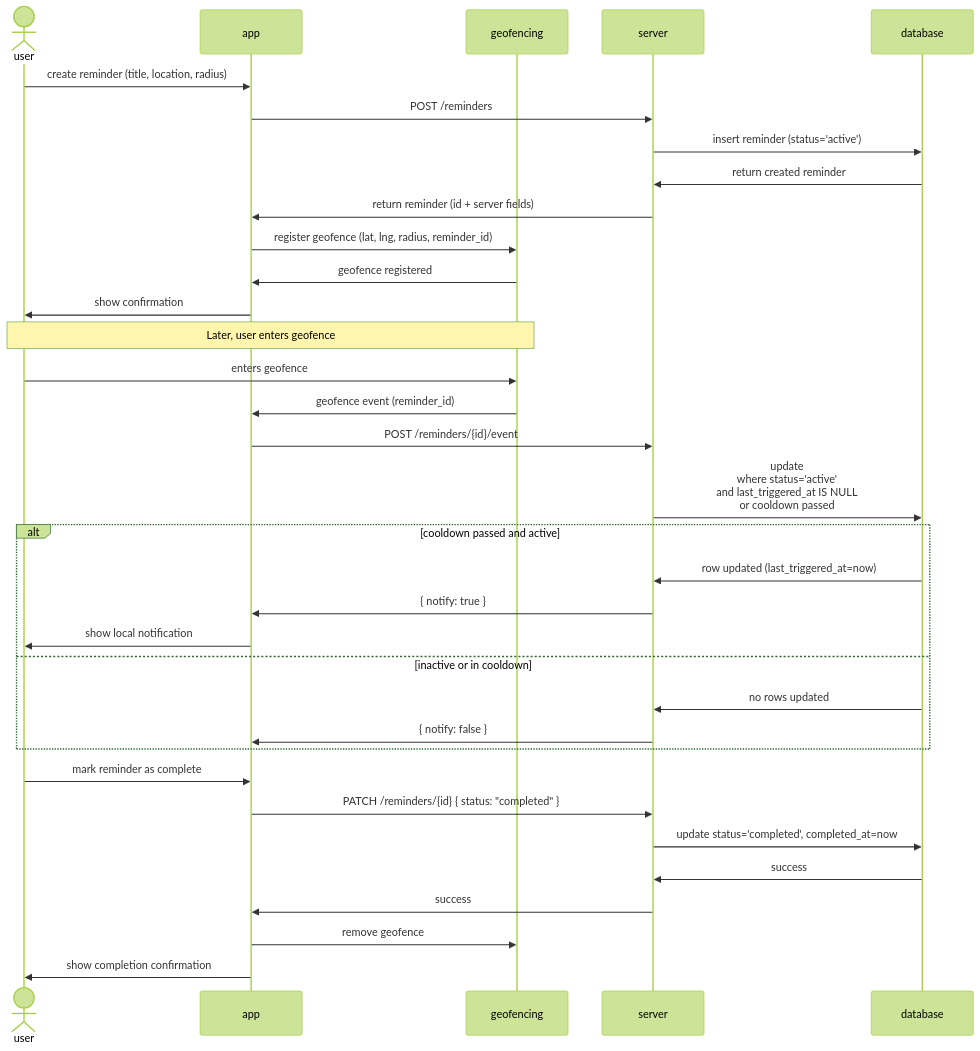
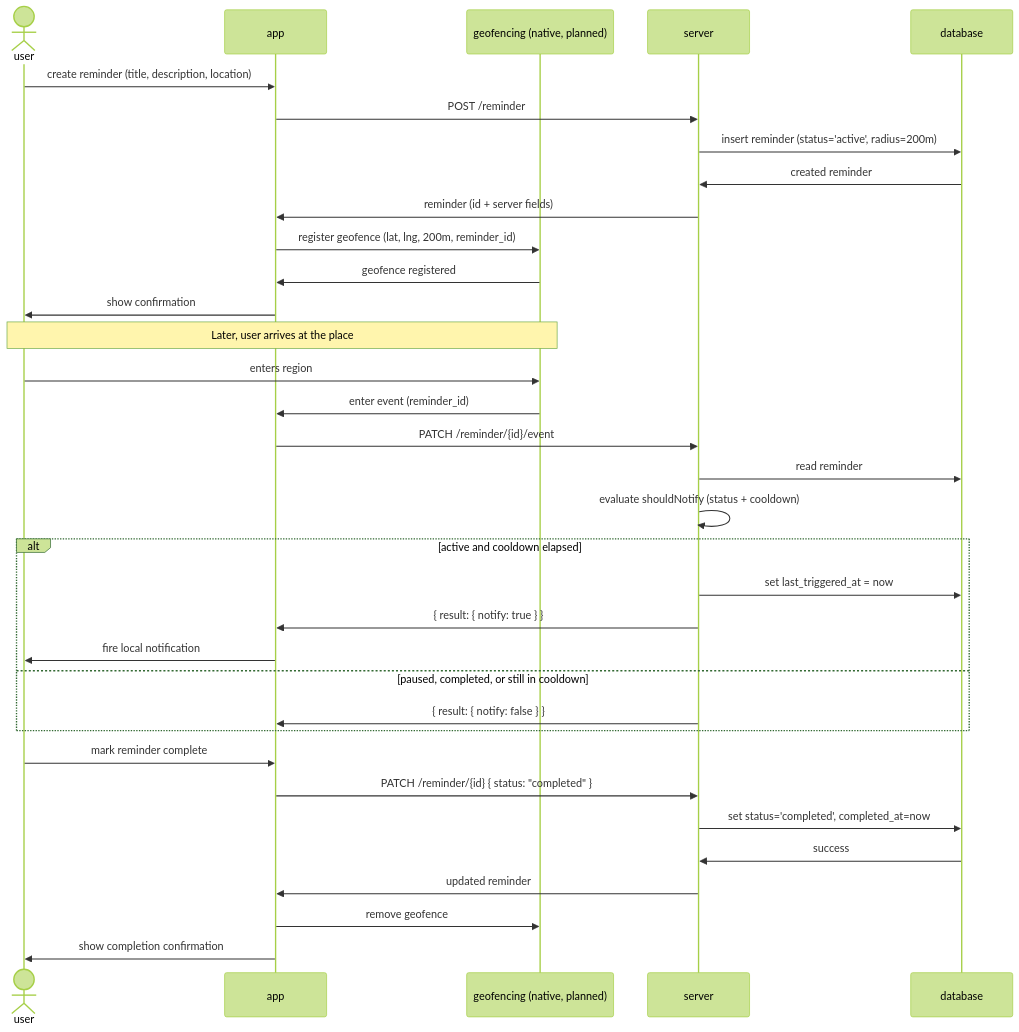
Before and after one commit to MapMinder/mapminder_documents: the diagram in reminder_flow.md, drawn with Mermaid (forest theme). The commit also changed other lines of this file and 3 other files, not shown here.

````diff
--- a/reminder_flow.md
+++ b/reminder_flow.md
@@ -17,44 +22,40 @@
 ```mermaid
 sequenceDiagram
 actor user
 participant mf as app
-participant gf as geofencing
+participant gf as geofencing (native, planned)
 participant mb as server
 participant db as database
 
-user->>mf: create reminder (title, location, radius)
-mf->>mb: POST /reminders
-mb->>db: insert reminder (status='active')
-db->>mb: return created reminder
-mb->>mf: return reminder (id + server fields)
-mf->>gf: register geofence (lat, lng, radius, reminder_id)
+user->>mf: create reminder (title, description, location)
+mf->>mb: POST /reminder
+mb->>db: insert reminder (status='active', radius=200m)
+db->>mb: created reminder
+mb->>mf: reminder (id + server fields)
+mf->>gf: register geofence (lat, lng, 200m, reminder_id)
 gf->>mf: geofence registered
 mf->>user: show confirmation
 
+Note over user,gf: Later, user arrives at the place
 
-Note over user,gf: Later, user enters geofence
-
-user->>gf: enters geofence
-gf->>mf: geofence event (reminder_id)
-
-mf->>mb: POST /reminders/{id}/event
-
-mb->>db: update<br/>where status='active'<br/>and last_triggered_at IS NULL<br/>or cooldown passed
-
-alt cooldown passed and active
-    db->>mb: row updated (last_triggered_at=now)
-    mb->>mf: { notify: true }
-    mf->>user: show local notification
-else inactive or in cooldown
-    db->>mb: no rows updated
-    mb->>mf: { notify: false }
+user->>gf: enters region
+gf->>mf: enter event (reminder_id)
+mf->>mb: PATCH /reminder/{id}/event
+mb->>db: read reminder
+mb->>mb: evaluate shouldNotify (status + cooldown)
+alt active and cooldown elapsed
+    mb->>db: set last_triggered_at = now
+    mb->>mf: { result: { notify: true } }
+    mf->>user: fire local notification
+else paused, completed, or still in cooldown
+    mb->>mf: { result: { notify: false } }
 end
 
-user->>mf: mark reminder as complete
-mf->>mb: PATCH /reminders/{id} { status: "completed" }
-mb->>db: update status='completed', completed_at=now
+user->>mf: mark reminder complete
+mf->>mb: PATCH /reminder/{id} { status: "completed" }
+mb->>db: set status='completed', completed_at=now
 db->>mb: success
-mb->>mf: success
+mb->>mf: updated reminder
 mf->>gf: remove geofence
 mf->>user: show completion confirmation
 ```
````
